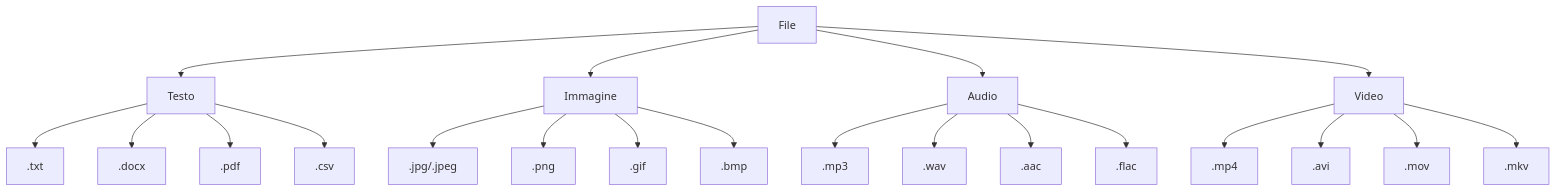
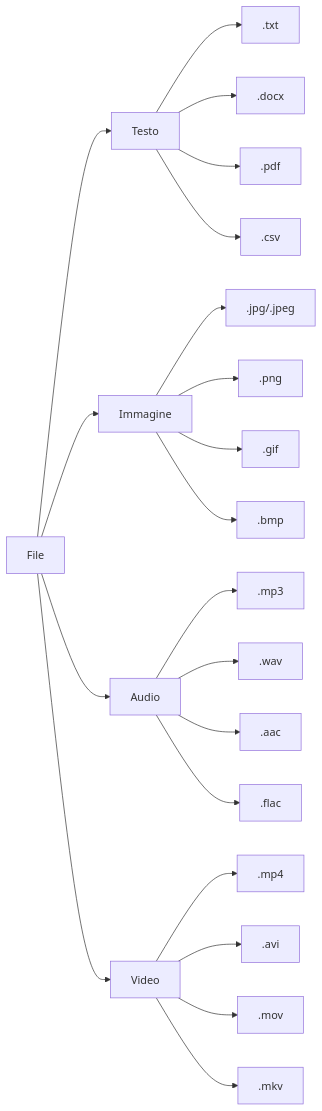
Before and after one commit to Federob/infohandouts: the diagram in docs/infoCoding/05_file.md, drawn with Mermaid. The commit also changed other lines of this file and 5 other files, not shown here.

Commit message:
added mermaid graphs

````diff
--- a/docs/infoCoding/05_file.md
+++ b/docs/infoCoding/05_file.md
@@ -52,27 +50,27 @@
 ```mermaid
-graph TD
+graph LR
     A[File] --> B[Testo]
     A --> C[Immagine]
     A --> D[Audio]
     A --> E[Video]
 
     B --> B1[.txt]
     B --> B2[.docx]
     B --> B3[.pdf]
     B --> B4[.csv]
 
     C --> C1[.jpg/.jpeg]
     C --> C2[.png]
     C --> C3[.gif]
     C --> C4[.bmp]
 
     D --> D1[.mp3]
     D --> D2[.wav]
     D --> D3[.aac]
     D --> D4[.flac]
 
     E --> E1[.mp4]
     E --> E2[.avi]
     E --> E3[.mov]
     E --> E4[.mkv]
 ```
````
